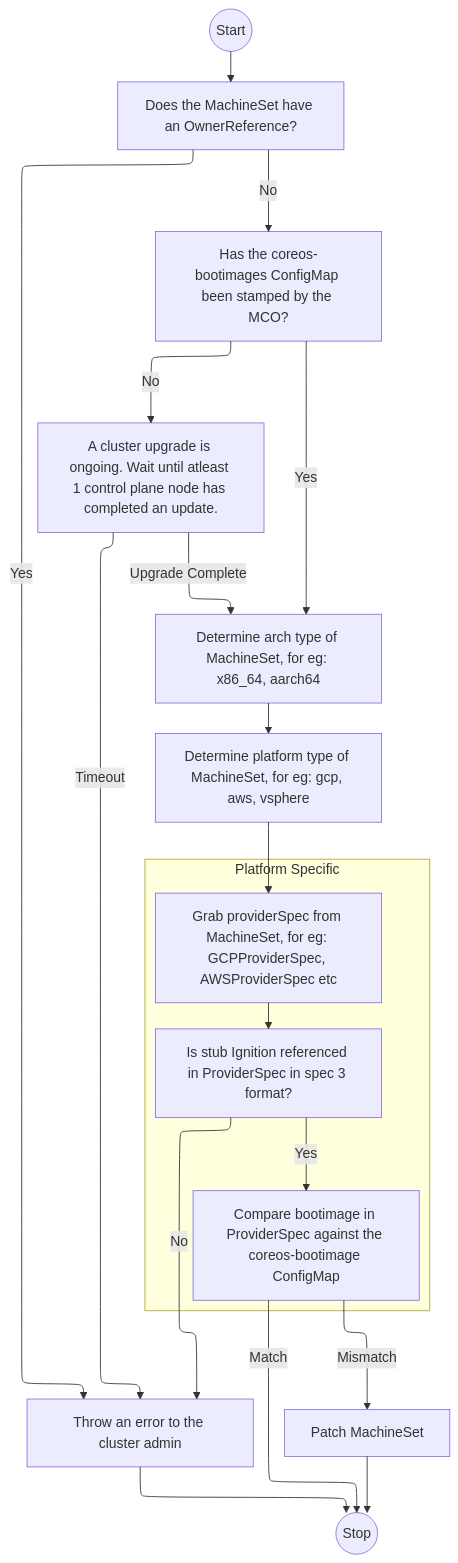
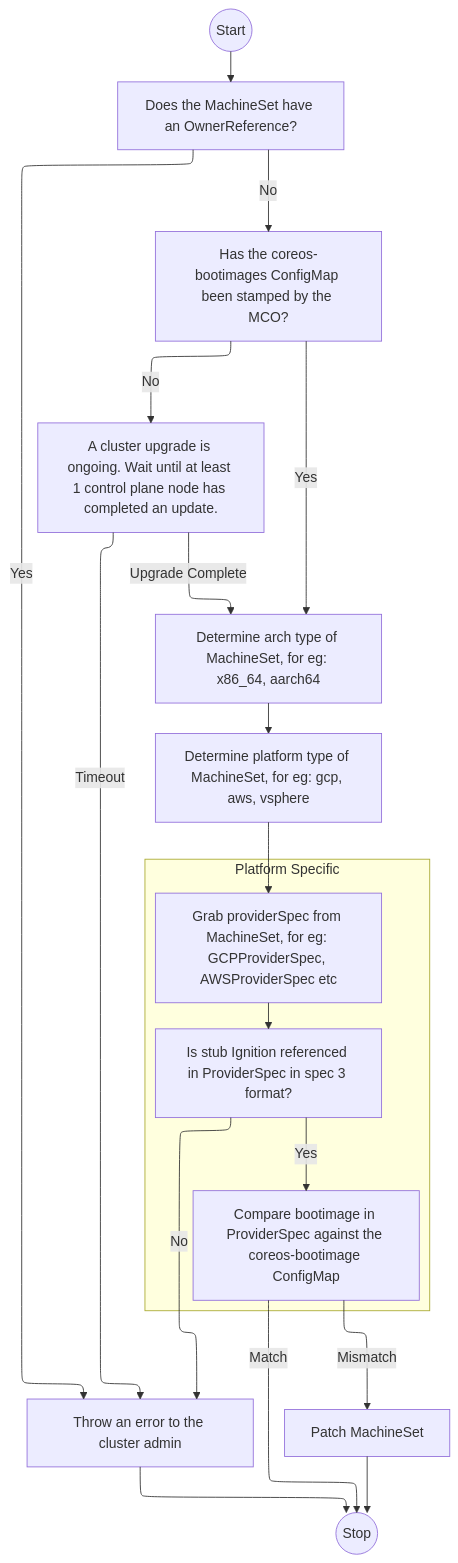
The first of 2 diagrams in enhancements/machine-config/manage-boot-images.md (openshift/enhancements), drawn with Mermaid before and after one commit. The commit also changed other lines of this file, not shown here.

Commit message:
updated timeline and API

````diff
--- a/enhancements/machine-config/manage-boot-images.md
+++ b/enhancements/machine-config/manage-boot-images.md
@@ -498,25 +535,25 @@
 ```mermaid
 flowchart-elk TD;
     Start((Start)) -->MachineSetOwnerCheck[Does the MachineSet have an OwnerReference?]
     MachineSetOwnerCheck -->|Yes|Error
     MachineSetOwnerCheck -->|No| ConfigMapCheck[Has the coreos-bootimages ConfigMap been stamped by the MCO?] ;
     
     ConfigMapCheck -->|Yes|ArchType[Determine arch type of MachineSet, for eg: x86_64, aarch64] ;
-    ConfigMapCheck -->|No| Wait[A cluster upgrade is ongoing. Wait until atleast 1 control plane node has completed an update.];
+    ConfigMapCheck -->|No| Wait[A cluster upgrade is ongoing. Wait until at least 1 control plane node has completed an update.];
     Wait --> |Upgrade Complete| ArchType
     Wait --> |Timeout| Error
     ArchType -->PlatformType[Determine platform type of MachineSet, for eg: gcp, aws, vsphere] ;
     PlatformType -->ProviderSpec[Grab providerSpec from MachineSet, for eg: GCPProviderSpec, AWSProviderSpec etc] ;
 
     subgraph PlatformSpecific[Platform Specific]
     ProviderSpec -->IgnitionCheck[Is stub Ignition referenced in ProviderSpec in spec 3 format?] ;
     IgnitionCheck -->|Yes|CompareBootImage[Compare bootimage in ProviderSpec against the coreos-bootimage ConfigMap] ;
     end
 
     IgnitionCheck -->|No| Error[Throw an error to the cluster admin];
     Error -->Stop[Stop];
     CompareBootImage -->|Mismatch| Patch[Patch MachineSet];
     CompareBootImage -->|Match| Stop[Stop];
     
     Patch --> Stop((Stop));
 ```
````
